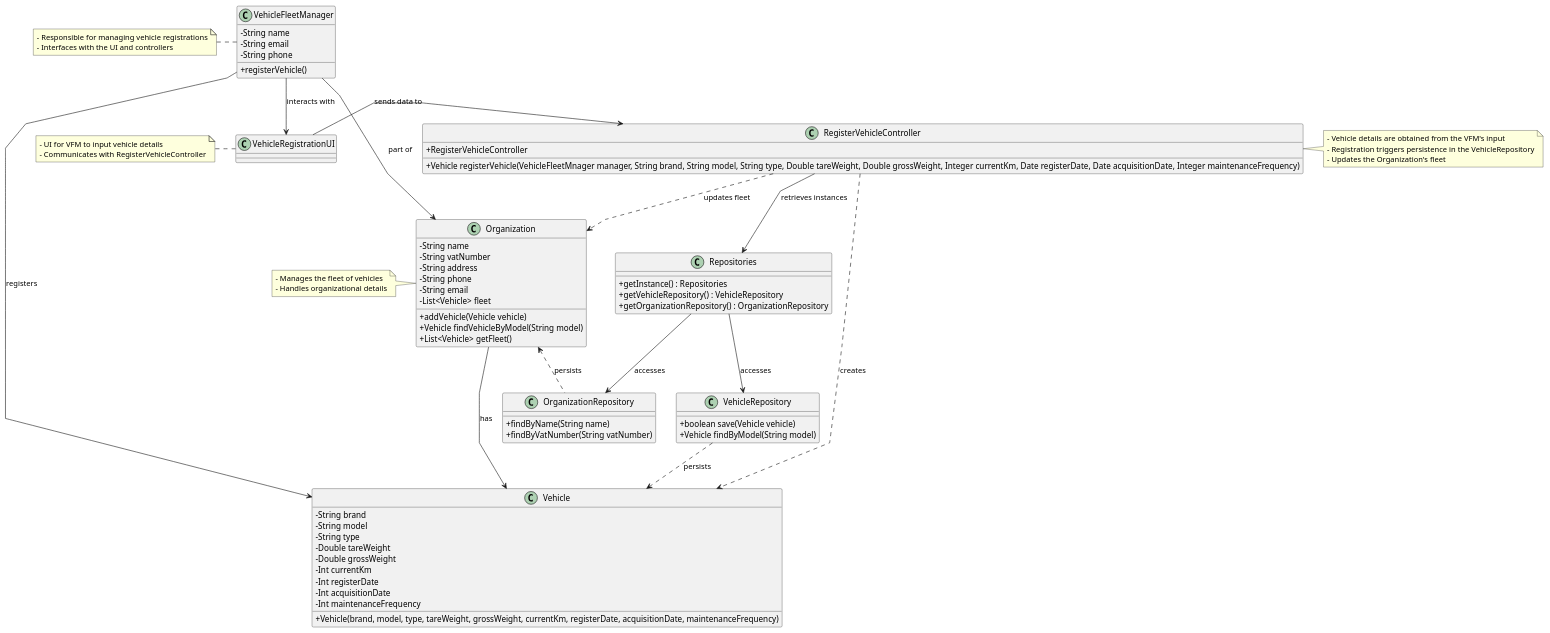
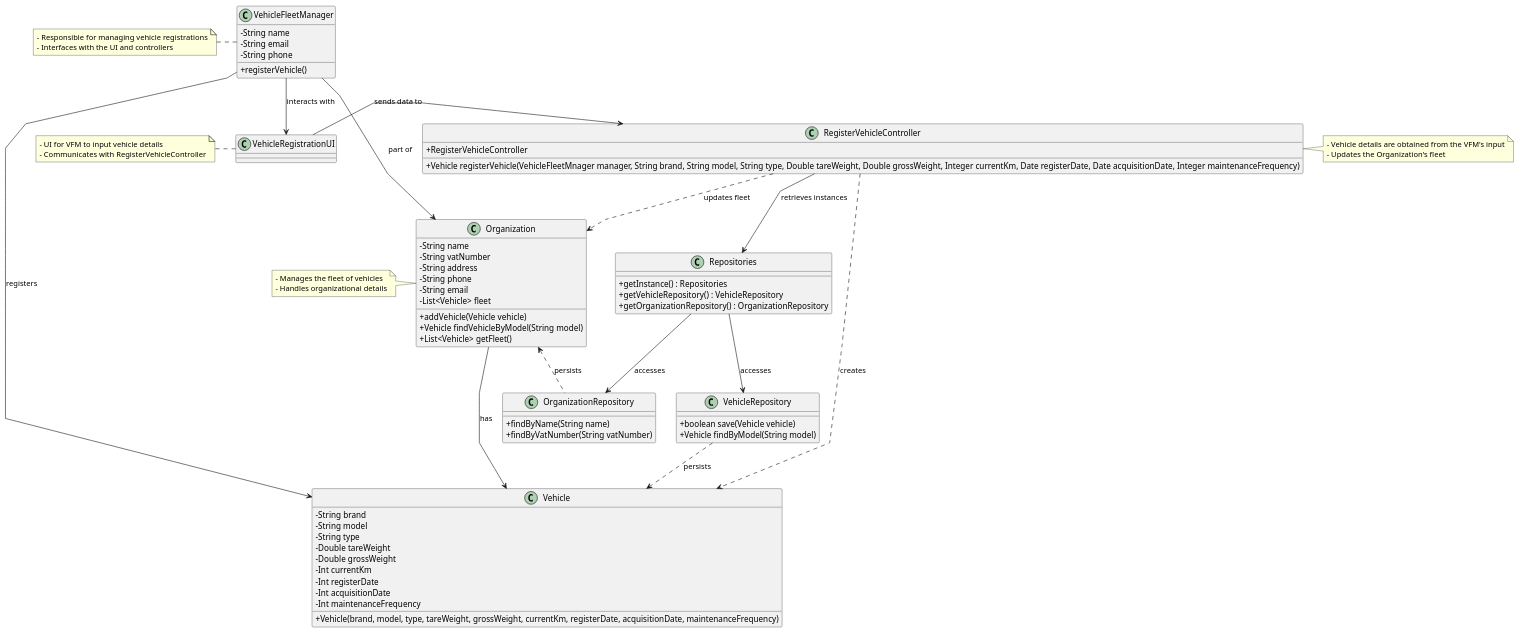
The diagram in docs/sprint2/us006/03.design/puml/us006-class-diagram.puml (tiagosoa/lei-24-s2-1dgh-g073), drawn with PlantUML before and after one commit. The commit also changed 1 other file, not shown here.

Commit message:
Us 06 class diagram (still needs better structuring)

```diff
--- a/docs/sprint2/us006/03.design/puml/us006-class-diagram.puml
+++ b/docs/sprint2/us006/03.design/puml/us006-class-diagram.puml
@@ -2,101 +2,100 @@
 @startuml
 'skinparam monochrome true
 skinparam packageStyle rectangle
 skinparam shadowing false
 skinparam linetype polyline
 skinparam classAttributeIconSize 0
 
 class VehicleFleetManager {
   - String name
   - String email
   - String phone
   + registerVehicle()
 }
 
 class Vehicle {
   - String brand
   - String model
   - String type
   - Double tareWeight
   - Double grossWeight
   - Int currentKm
   - Int registerDate
   - Int acquisitionDate
   - Int maintenanceFrequency
   + Vehicle(brand, model, type, tareWeight, grossWeight, currentKm, registerDate, acquisitionDate, maintenanceFrequency)
 }
 
 class VehicleRepository {
   + boolean save(Vehicle vehicle)
   + Vehicle findByModel(String model)
 }
 
 class Organization {
   - String name
   - String vatNumber
   - String address
   - String phone
   - String email
   - List<Vehicle> fleet
   + addVehicle(Vehicle vehicle)
   + Vehicle findVehicleByModel(String model)
   + List<Vehicle> getFleet()
 }
 
 class OrganizationRepository {
   + findByName(String name)
   + findByVatNumber(String vatNumber)
 }
 
 class Repositories {
   + getInstance() : Repositories
   + getVehicleRepository() : VehicleRepository
   + getOrganizationRepository() : OrganizationRepository
 }
 
 class RegisterVehicleController {
   + RegisterVehicleController
   + Vehicle registerVehicle(VehicleFleetMnager manager, String brand, String model, String type, Double tareWeight, Double grossWeight, Integer currentKm, Date registerDate, Date acquisitionDate, Integer maintenanceFrequency)
 }
 
 class VehicleRegistrationUI {
 
 }
 
 note right of RegisterVehicleController
   - Vehicle details are obtained from the VFM's input
-  - Registration triggers persistence in the VehicleRepository
   - Updates the Organization's fleet
 end note
 
 note left of VehicleRegistrationUI
   - UI for VFM to input vehicle details
   - Communicates with RegisterVehicleController
 end note
 
 note left of Organization
   - Manages the fleet of vehicles
   - Handles organizational details
 end note
 
 note left of VehicleFleetManager
   - Responsible for managing vehicle registrations
   - Interfaces with the UI and controllers
 end note
 
 VehicleFleetManager -down-> VehicleRegistrationUI : interacts with
 VehicleRegistrationUI -right-> RegisterVehicleController : sends data to
 RegisterVehicleController -down-> Repositories : retrieves instances
 Repositories -down-> VehicleRepository : accesses
 Repositories -down-> OrganizationRepository : accesses
 Organization -right-> Vehicle : has
 OrganizationRepository .left.> Organization : persists
 
 VehicleFleetManager -down-> Organization : part of
 VehicleFleetManager -down-> Vehicle : registers
 
 VehicleRepository ..> Vehicle : persists
 RegisterVehicleController ..> Vehicle : creates
 RegisterVehicleController ..> Organization : updates fleet
 
 @enduml
```
